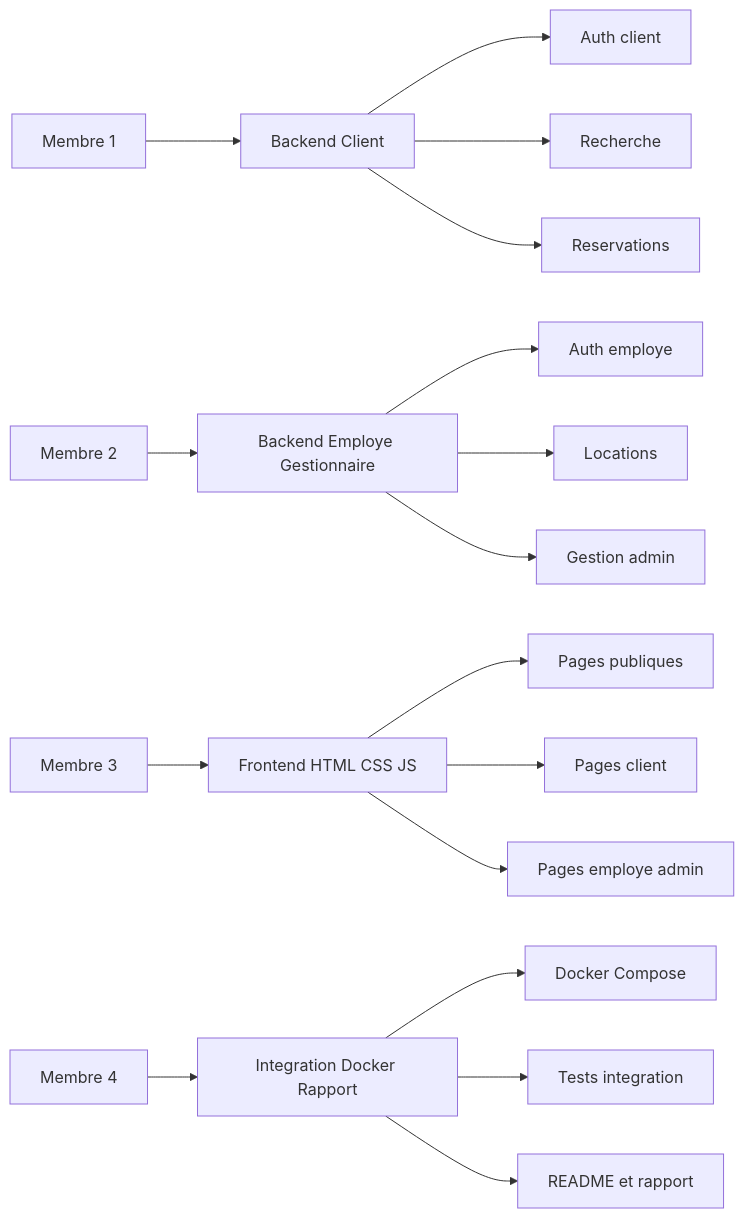
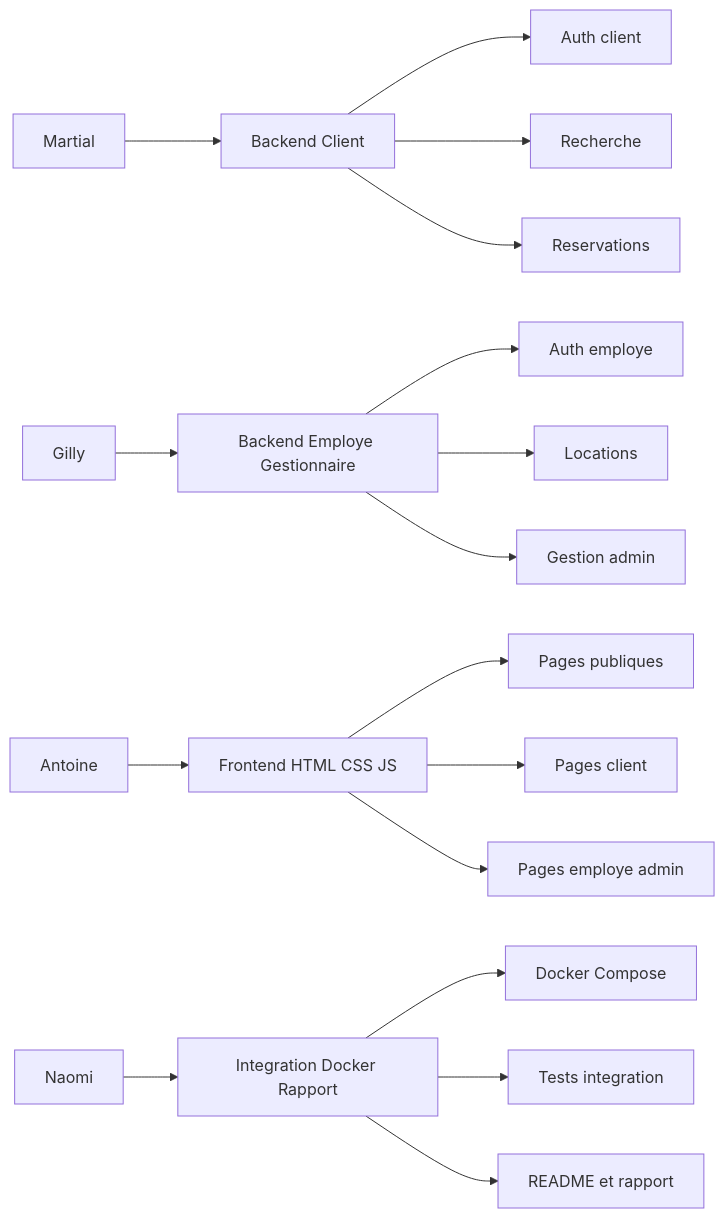
Before and after one commit to gtouk/CSI2532-eHotels: the eighth of 8 diagrams in meetings/ehotel_spec.md, drawn with Mermaid. The commit also changed other lines of this file and 1 other file, not shown here.

Commit message:
Update task distribution and member roles in specification documents

````diff
--- a/meetings/ehotel_spec.md
+++ b/meetings/ehotel_spec.md
@@ -434,22 +434,22 @@
 ```mermaid
 flowchart LR
-    A["Membre 1"] --> A1["Backend Client"]
+    A["Martial"] --> A1["Backend Client"]
     A1 --> A2["Auth client"]
     A1 --> A3["Recherche"]
     A1 --> A4["Reservations"]
 
-    B["Membre 2"] --> B1["Backend Employe Gestionnaire"]
+    B["Gilly"] --> B1["Backend Employe Gestionnaire"]
     B1 --> B2["Auth employe"]
     B1 --> B3["Locations"]
     B1 --> B4["Gestion admin"]
 
-    C["Membre 3"] --> C1["Frontend HTML CSS JS"]
+    C["Antoine"] --> C1["Frontend HTML CSS JS"]
     C1 --> C2["Pages publiques"]
     C1 --> C3["Pages client"]
     C1 --> C4["Pages employe admin"]
 
-    D["Membre 4"] --> D1["Integration Docker Rapport"]
+    D["Naomi"] --> D1["Integration Docker Rapport"]
     D1 --> D2["Docker Compose"]
     D1 --> D3["Tests integration"]
     D1 --> D4["README et rapport"]
 ```
````
